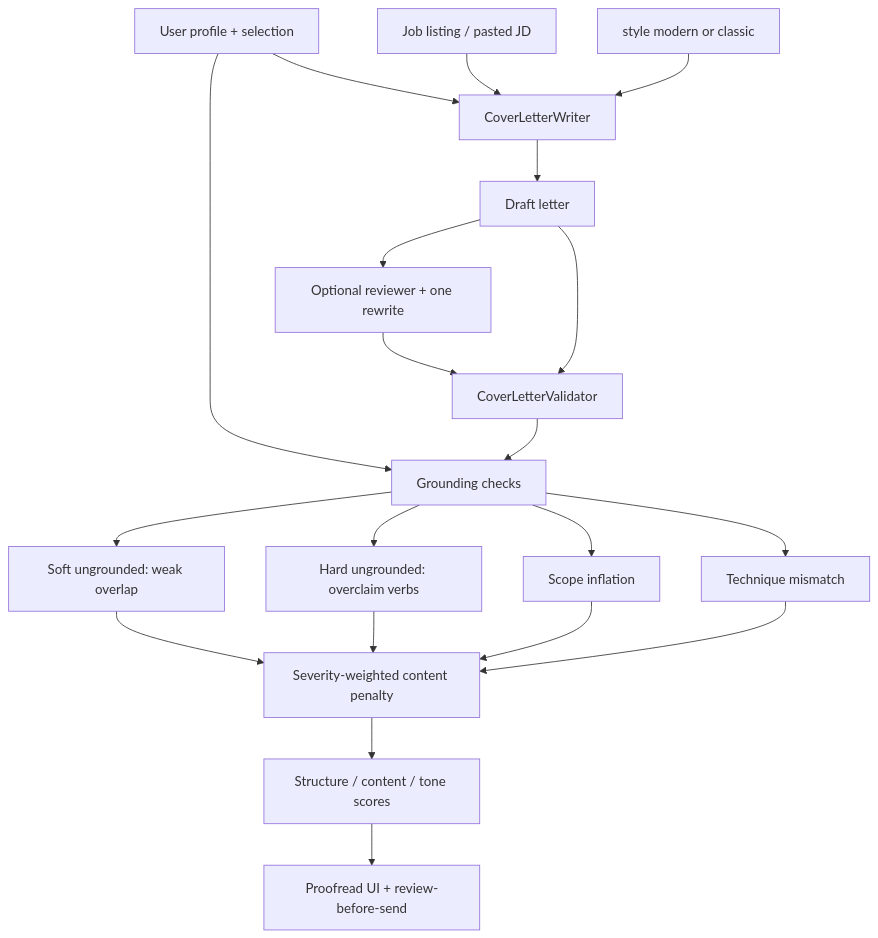
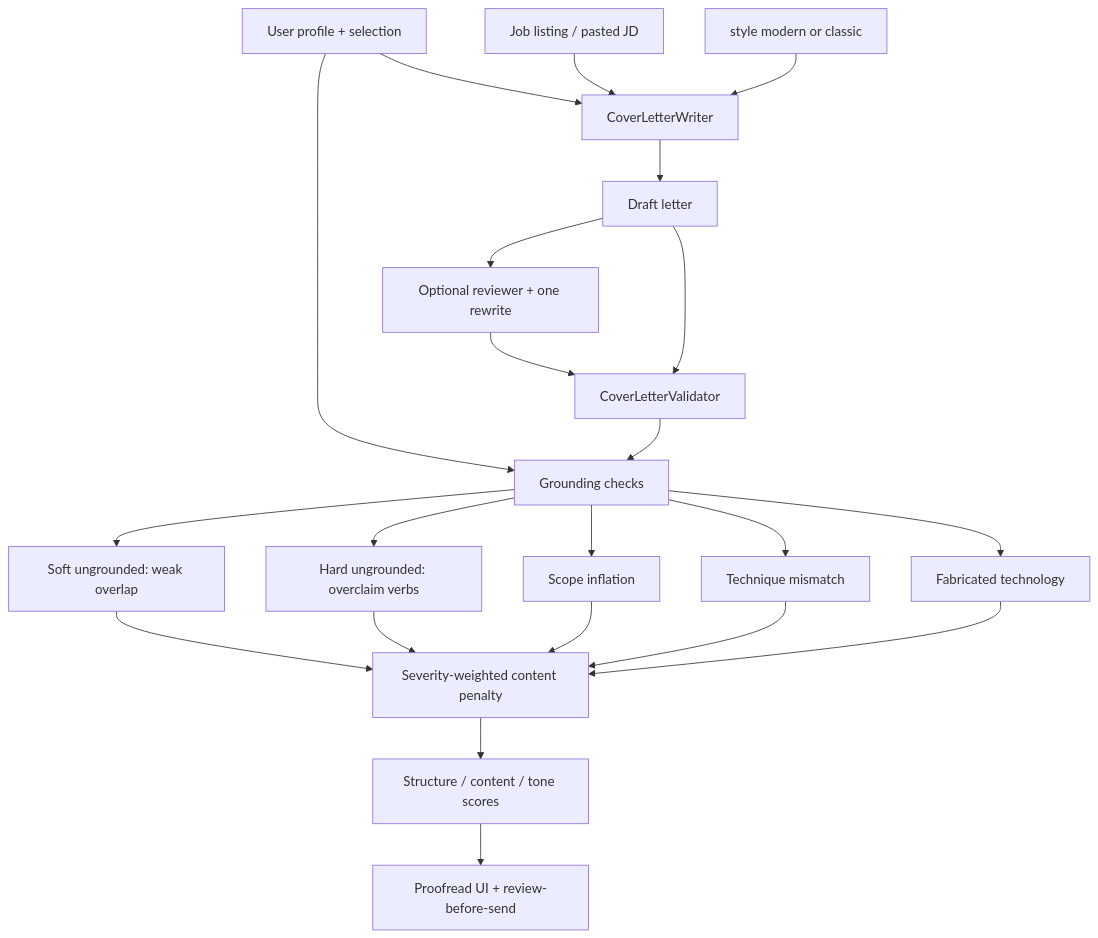
One commit to neoncircuit/job-raider changed diagram 14 of 15 in docs/architecture.md. Above: the diagram before and after it, drawn with Mermaid. The commit also changed other lines of this file and 30 other files, not shown here.

````diff
--- a/docs/architecture.md
+++ b/docs/architecture.md
@@ -706,22 +708,24 @@
 ```mermaid
 flowchart TD
   Profile["User profile + selection"] --> Writer["CoverLetterWriter"]
   Job["Job listing / pasted JD"] --> Writer
   Style["style modern or classic"] --> Writer
   Writer --> Draft["Draft letter"]
   Draft --> Reviewer["Optional reviewer + one rewrite"]
   Reviewer --> Validator["CoverLetterValidator"]
   Draft --> Validator
   Profile --> Grounding["Grounding checks"]
   Validator --> Grounding
   Grounding --> Soft["Soft ungrounded: weak overlap"]
   Grounding --> Hard["Hard ungrounded: overclaim verbs"]
   Grounding --> Scope["Scope inflation"]
   Grounding --> Tech["Technique mismatch"]
+  Grounding --> FabTech["Fabricated technology"]
   Soft --> Penalty["Severity-weighted content penalty"]
   Hard --> Penalty
   Scope --> Penalty
   Tech --> Penalty
+  FabTech --> Penalty
   Penalty --> Scores["Structure / content / tone scores"]
   Scores --> UI["Proofread UI + review-before-send"]
 ```
````
